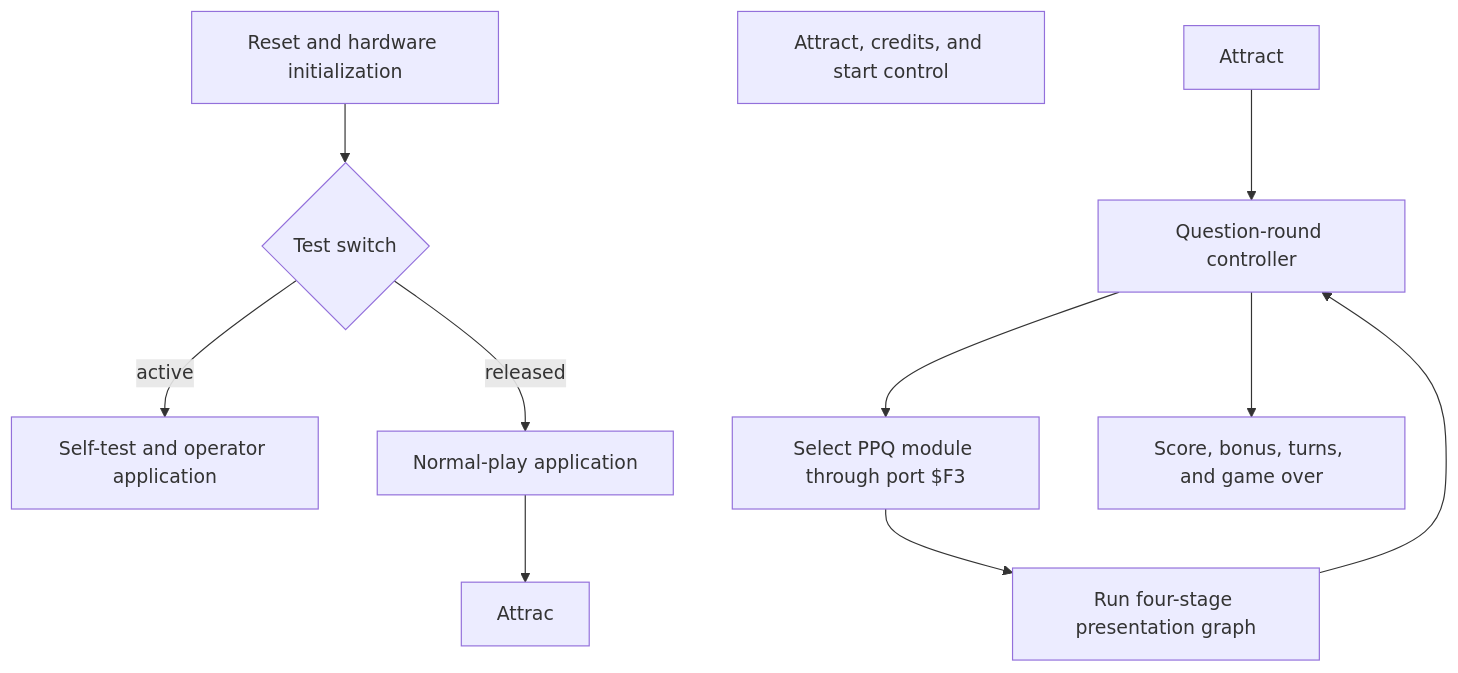
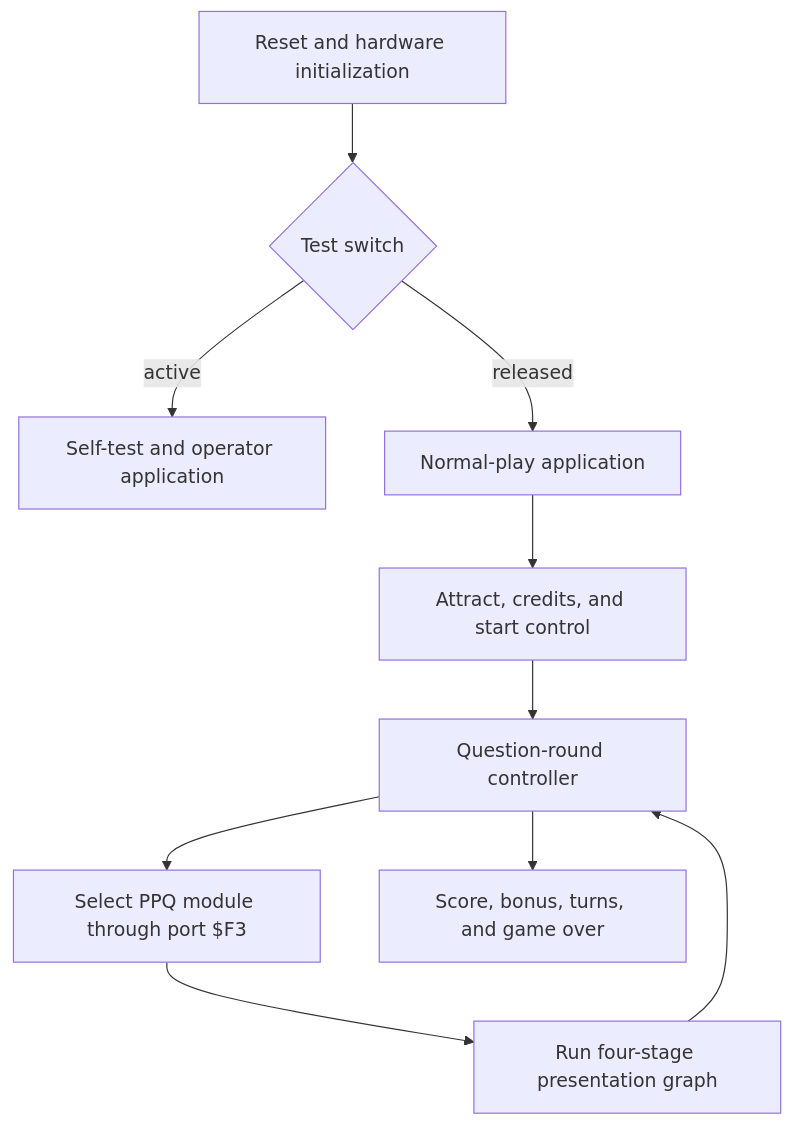
One commit to lizard43/profpac changed the diagram in README.md. Above: the diagram before and after it, drawn with Mermaid. The commit also changed other lines of this file, not shown here.

Commit message:
Improve Professor Pac-Man README flow and memory maps

````diff
--- a/README.md
+++ b/README.md
@@ -37,13 +36,12 @@
 ```mermaid
 flowchart TD
     Reset["Reset and hardware initialization"] --> Mode{"Test switch"}
     Mode -->|"active"| Test["Self-test and operator application"]
     Mode -->|"released"| Main["Normal-play application"]
-    Main --> Attrac
-t["Attract, credits, and start control"]
+    Main --> Attract["Attract, credits, and start control"]
     Attract --> Round["Question-round controller"]
     Round --> Bank["Select PPQ module through port $F3"]
     Bank --> Present["Run four-stage presentation graph"]
     Present --> Round
     Round --> Result["Score, bonus, turns, and game over"]
 ```
````
